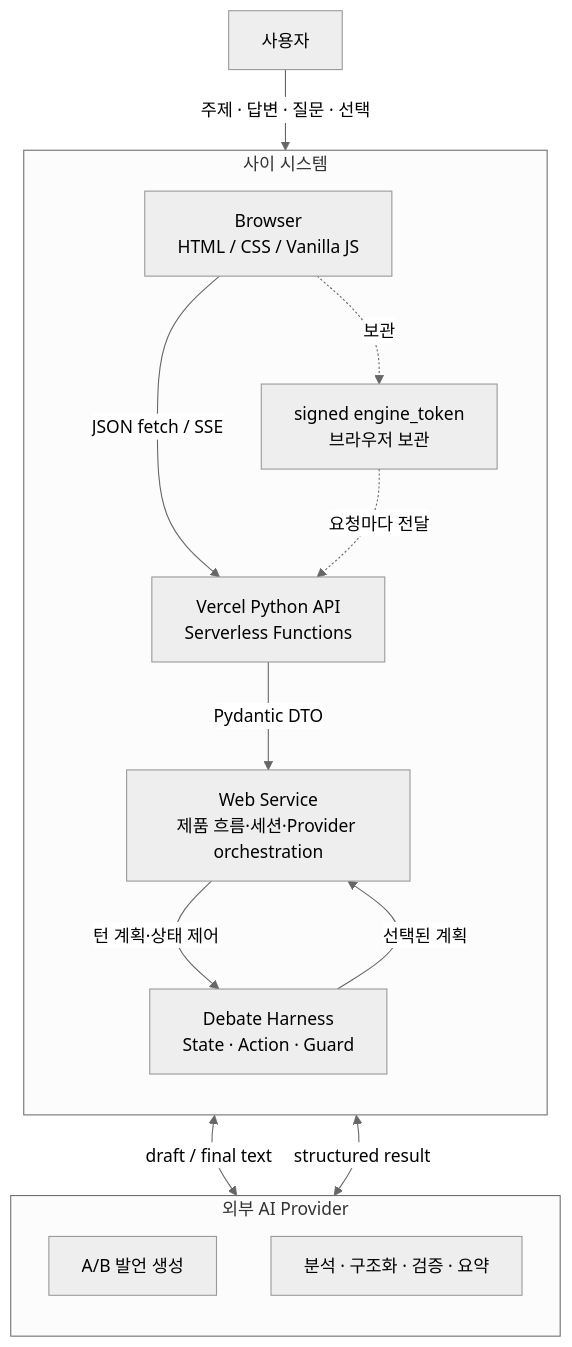
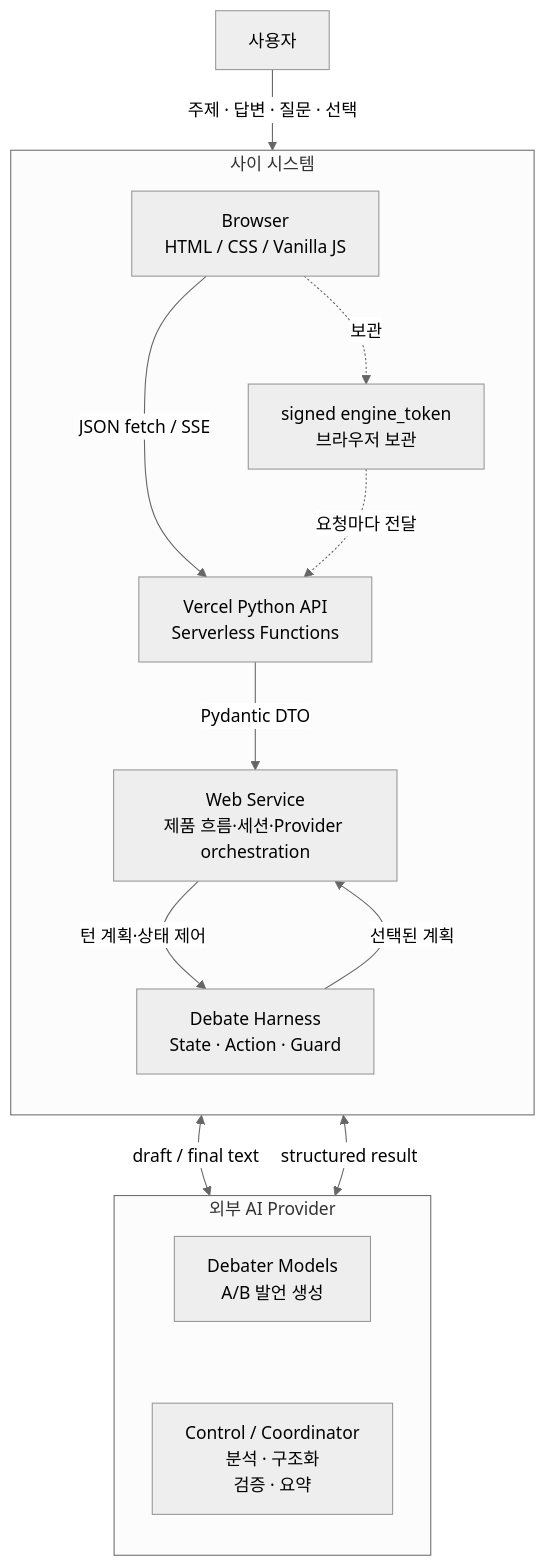
One commit to hodob/A1-3 changed the third of 11 diagrams in README.md. Above: the diagram before and after it, drawn with Mermaid (neutral theme).

Commit message:
Stack external AI provider roles vertically

````diff
--- a/README.md
+++ b/README.md
@@ -112,32 +112,33 @@
 ```mermaid
 flowchart TD
     U[사용자]
 
     subgraph SAI[사이 시스템]
         direction TB
 
         B[Browser<br/>HTML / CSS / Vanilla JS]
         API[Vercel Python API<br/>Serverless Functions]
         W[Web Service<br/>제품 흐름·세션·Provider orchestration]
         H[Debate Harness<br/>State · Action · Guard]
 
         B -->|JSON fetch / SSE| API
         API -->|Pydantic DTO| W
         W -->|턴 계획·상태 제어| H
         H -->|선택된 계획| W
 
         T[signed engine_token<br/>브라우저 보관]
         B -.->|보관| T
         T -.->|요청마다 전달| API
     end
 
     subgraph EXT[외부 AI Provider]
         direction TB
-        D[A/B 발언 생성]
-        C[분석 · 구조화 · 검증 · 요약]
+        D[Debater Models<br/>A/B 발언 생성]
+        C[Control / Coordinator<br/>분석 · 구조화<br/>검증 · 요약]
+        D ~~~ C
     end
 
     U -->|주제 · 답변 · 질문 · 선택| B
     W <-->|draft / final text| D
     W <-->|structured result| C
 ```
````
